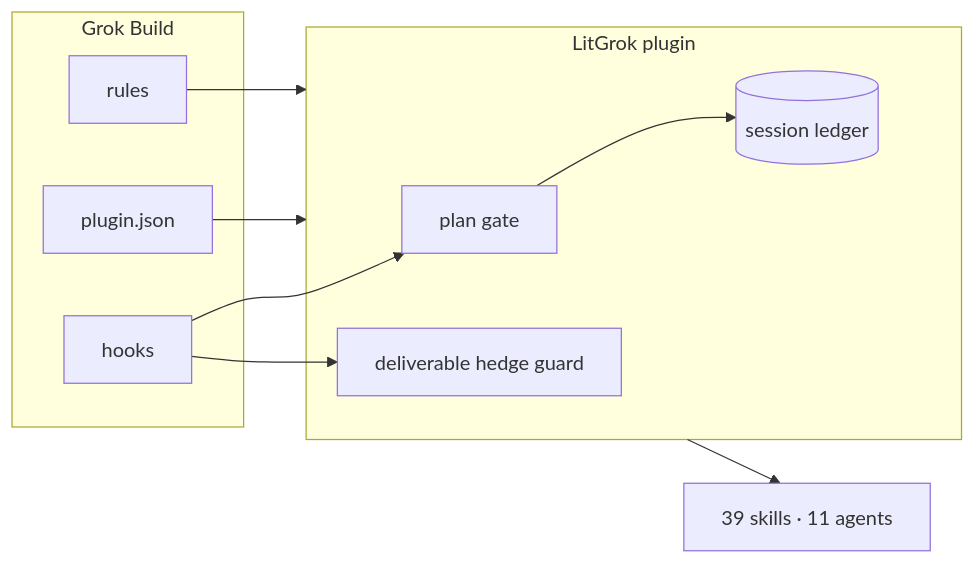
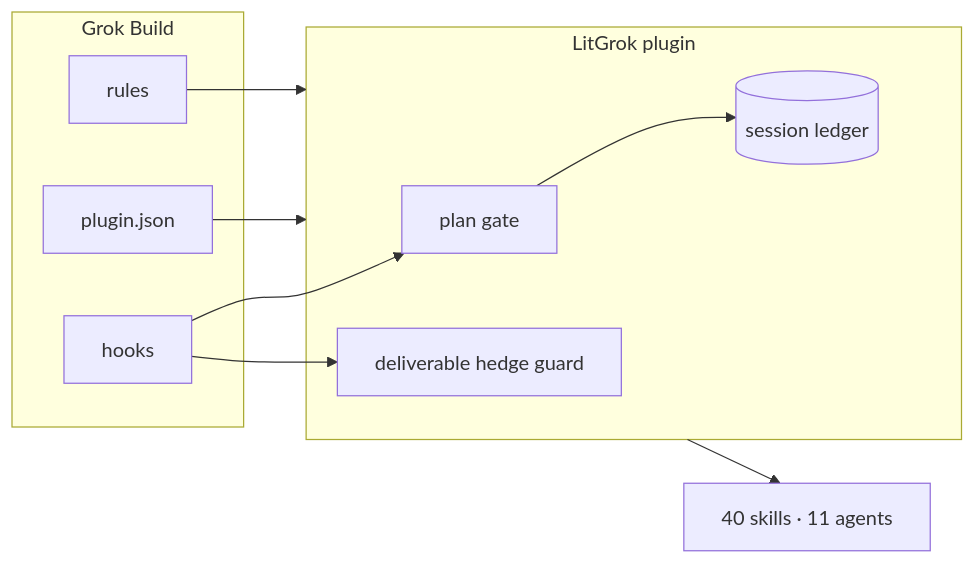
The second of 3 diagrams in docs/reference.md (wjgoarxiv/litgrok), drawn with Mermaid before and after one commit. The commit also changed other lines of this file and 266 other files, not shown here.

````diff
--- a/docs/reference.md
+++ b/docs/reference.md
@@ -55,16 +55,16 @@
 ```mermaid
 flowchart LR
     subgraph GB["Grok Build"]
         PJ["plugin.json"]; HK["hooks"]; RL["rules"]
     end
     subgraph LG["LitGrok plugin"]
         PLAN["plan gate"]
         HEDGE["deliverable hedge guard"]
         LEDGER[("session ledger")]
     end
     PJ --> LG
     HK --> PLAN --> LEDGER
     HK --> HEDGE
     RL --> LG
-    LG --> S["39 skills · 11 agents"]
+    LG --> S["40 skills · 11 agents"]
 ```
````
